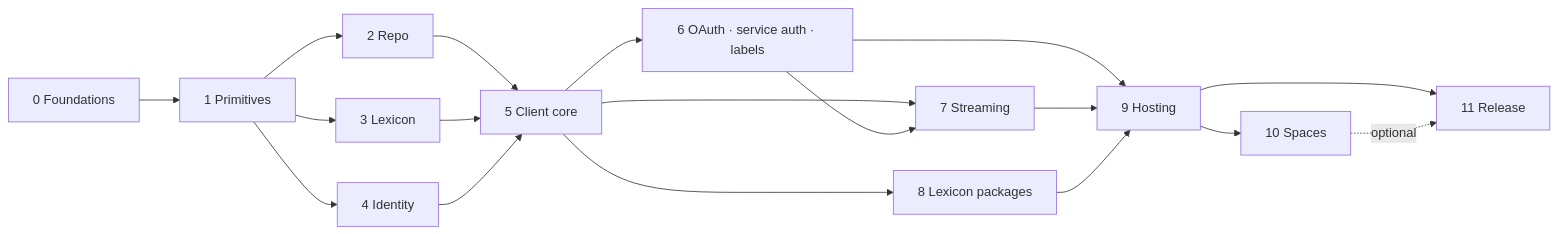
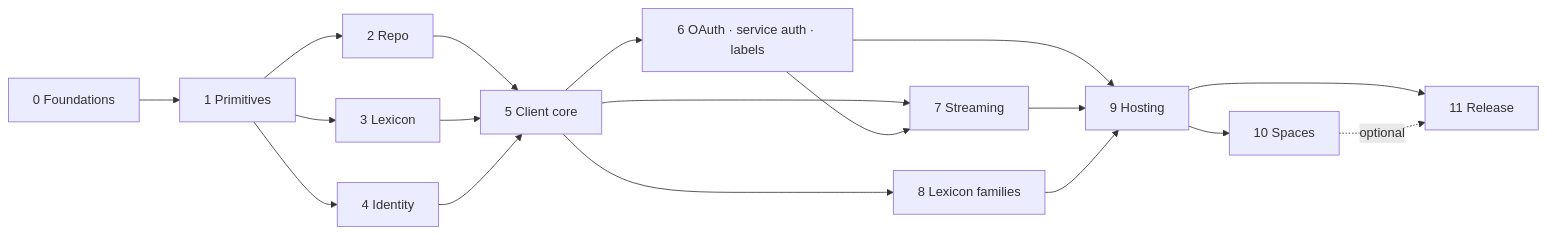
One commit to Grandiras/ATProto.NET changed the diagram in design/05-rewrite-plan.md. Above: the diagram before and after it, drawn with Mermaid. The commit also changed other lines of this file and 24 other files, not shown here.

````diff
--- a/design/05-rewrite-plan.md
+++ b/design/05-rewrite-plan.md
@@ -20,19 +22,19 @@
 ```mermaid
 flowchart LR
     P0["0 Foundations"] --> P1["1 Primitives"] --> P2["2 Repo"]
     P1 --> P3["3 Lexicon"]
     P1 --> P4["4 Identity"]
     P2 --> P5["5 Client core"]
     P3 --> P5
     P4 --> P5
     P5 --> P6["6 OAuth · service auth · labels"]
     P5 --> P7["7 Streaming"]
     P6 --> P7
-    P5 --> P8["8 Lexicon packages"]
+    P5 --> P8["8 Lexicon families"]
     P6 --> P9["9 Hosting"]
     P7 --> P9
     P8 --> P9
     P9 --> P10["10 Spaces"]
     P9 --> P11["11 Release"]
     P10 -.optional.-> P11
 ```
````
